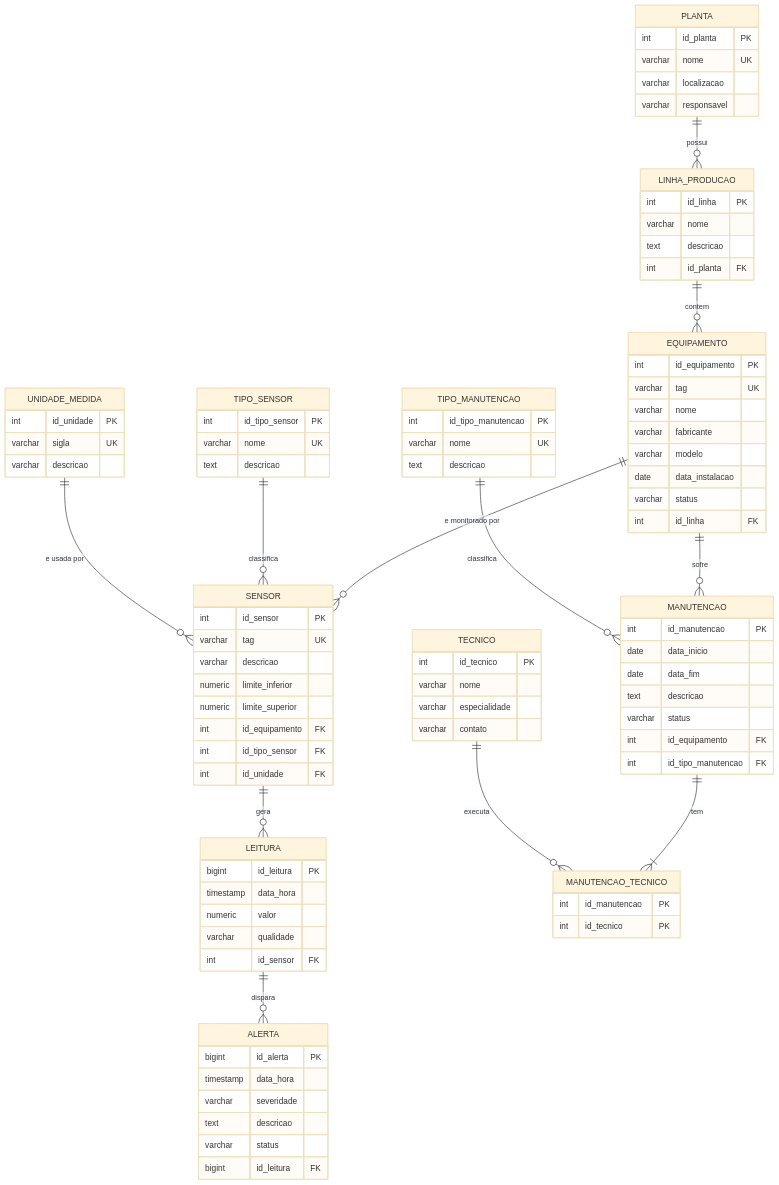
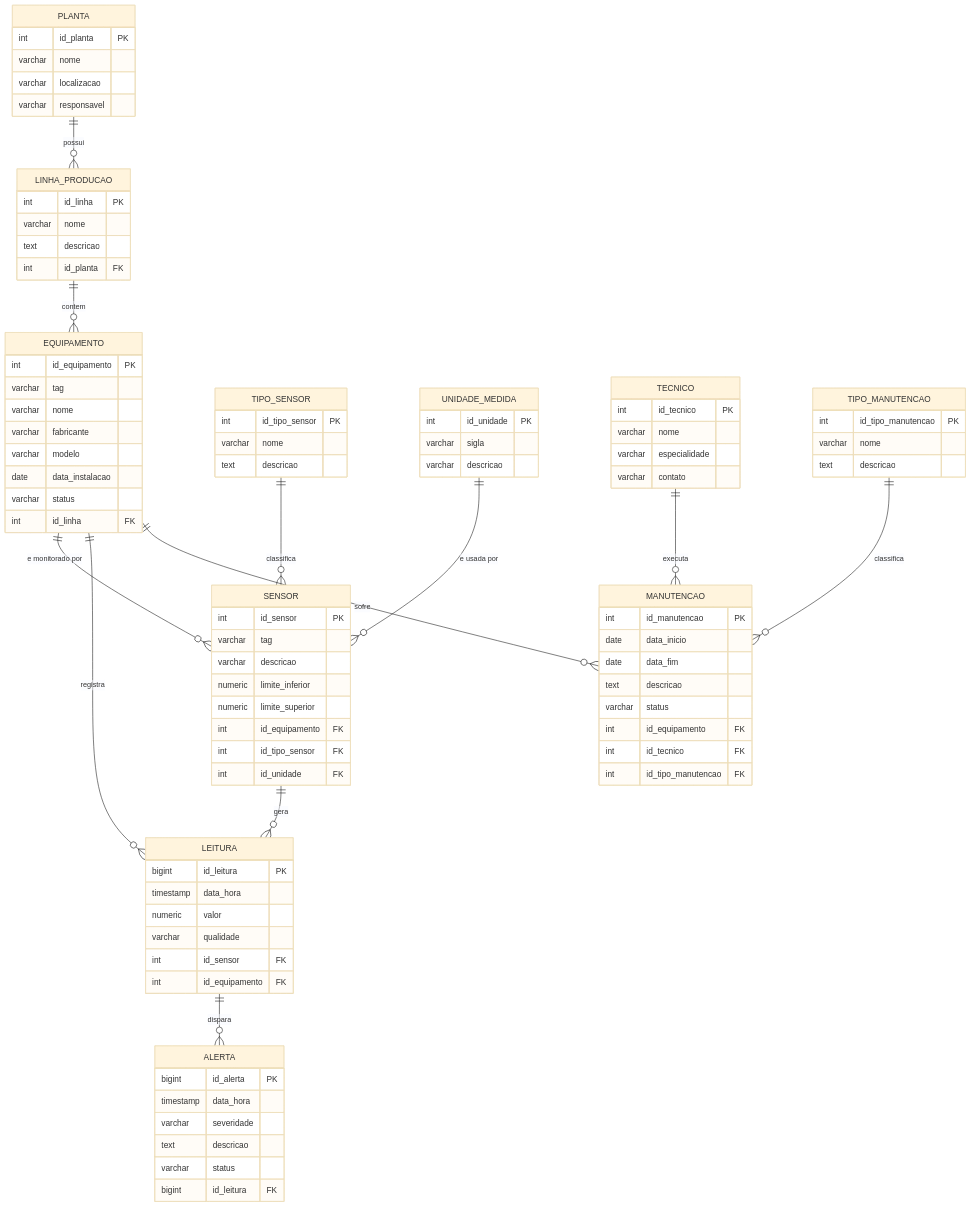
The diagram in docs/01_modelo_conceitual.md (ogabrielalvaro/SMI), drawn with Mermaid (base theme) before and after one commit. The commit also changed other lines of this file and 6 other files, not shown here.

Commit message:
schema igual ao DER do professor

````diff
--- a/docs/01_modelo_conceitual.md
+++ b/docs/01_modelo_conceitual.md
@@ -62,15 +68,15 @@
     TIPO_SENSOR ||--o{ SENSOR : classifica
     UNIDADE_MEDIDA ||--o{ SENSOR : "e usada por"
     SENSOR ||--o{ LEITURA : gera
+    EQUIPAMENTO ||--o{ LEITURA : registra
     LEITURA ||--o{ ALERTA : dispara
     EQUIPAMENTO ||--o{ MANUTENCAO : sofre
+    TECNICO ||--o{ MANUTENCAO : executa
     TIPO_MANUTENCAO ||--o{ MANUTENCAO : classifica
-    MANUTENCAO ||--|{ MANUTENCAO_TECNICO : tem
-    TECNICO ||--o{ MANUTENCAO_TECNICO : executa
 
     PLANTA {
         int id_planta PK
-        varchar nome UK
+        varchar nome
         varchar localizacao
         varchar responsavel
     }
@@ -82,7 +88,7 @@
     }
     EQUIPAMENTO {
         int id_equipamento PK
-        varchar tag UK
+        varchar tag
         varchar nome
         varchar fabricante
         varchar modelo
@@ -92,17 +98,17 @@
     }
     TIPO_SENSOR {
         int id_tipo_sensor PK
-        varchar nome UK
+        varchar nome
         text descricao
     }
     UNIDADE_MEDIDA {
         int id_unidade PK
-        varchar sigla UK
+        varchar sigla
         varchar descricao
     }
     SENSOR {
         int id_sensor PK
-        varchar tag UK
+        varchar tag
         varchar descricao
         numeric limite_inferior
         numeric limite_superior
@@ -116,6 +122,7 @@
         numeric valor
         varchar qualidade
         int id_sensor FK
+        int id_equipamento FK
     }
     ALERTA {
         bigint id_alerta PK
@@ -125,6 +132,17 @@
         varchar status
         bigint id_leitura FK
     }
+    TECNICO {
+        int id_tecnico PK
+        varchar nome
+        varchar especialidade
+        varchar contato
+    }
+    TIPO_MANUTENCAO {
+        int id_tipo_manutencao PK
+        varchar nome
+        text descricao
+    }
     MANUTENCAO {
         int id_manutencao PK
         date data_inicio
@@ -132,21 +150,7 @@
         text descricao
         varchar status
         int id_equipamento FK
+        int id_tecnico FK
         int id_tipo_manutencao FK
     }
-    TIPO_MANUTENCAO {
-        int id_tipo_manutencao PK
-        varchar nome UK
-        text descricao
-    }
-    TECNICO {
-        int id_tecnico PK
-        varchar nome
-        varchar especialidade
-        varchar contato
-    }
-    MANUTENCAO_TECNICO {
-        int id_manutencao PK
-        int id_tecnico PK
-    }
 ```
````
